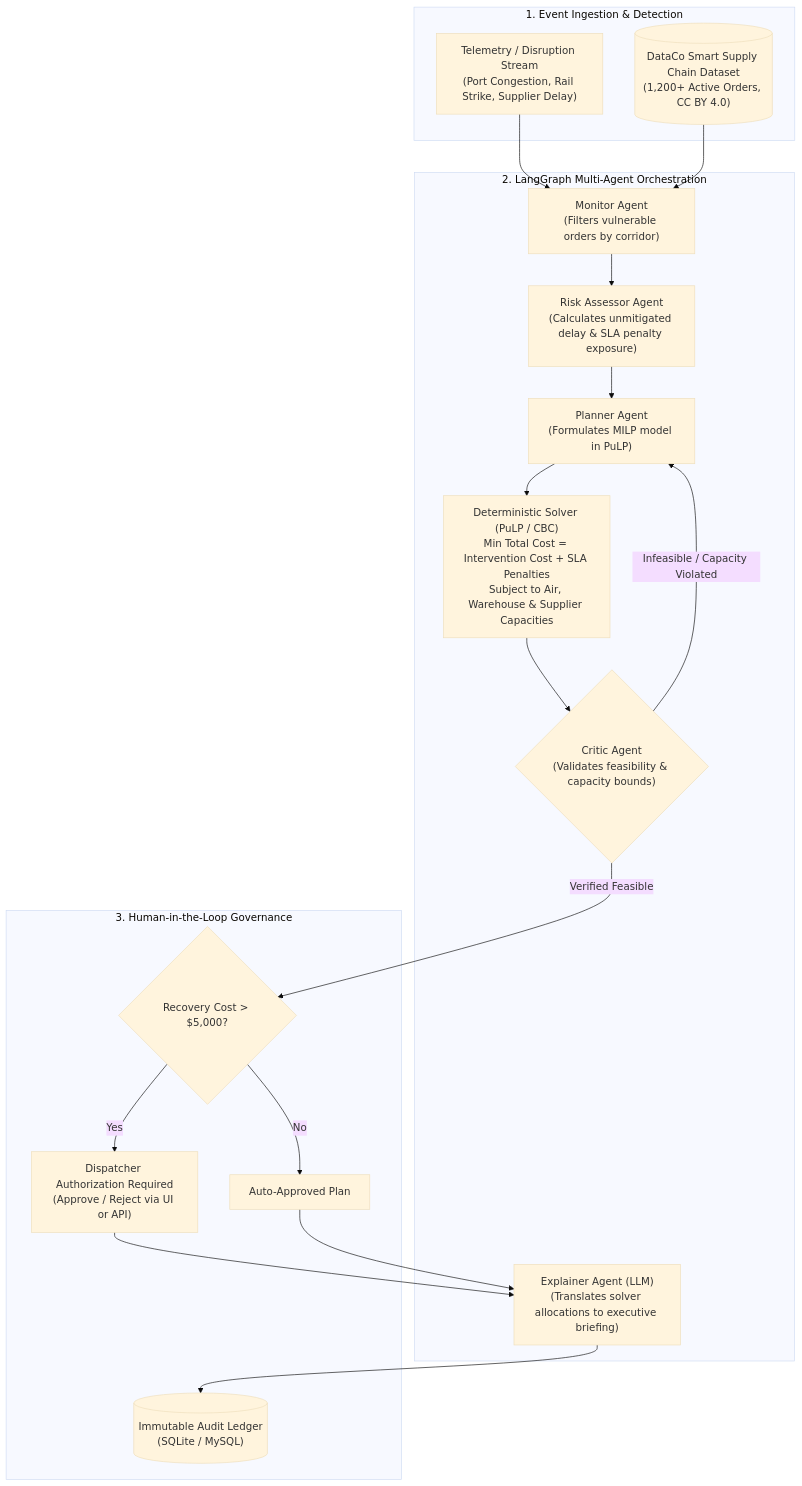
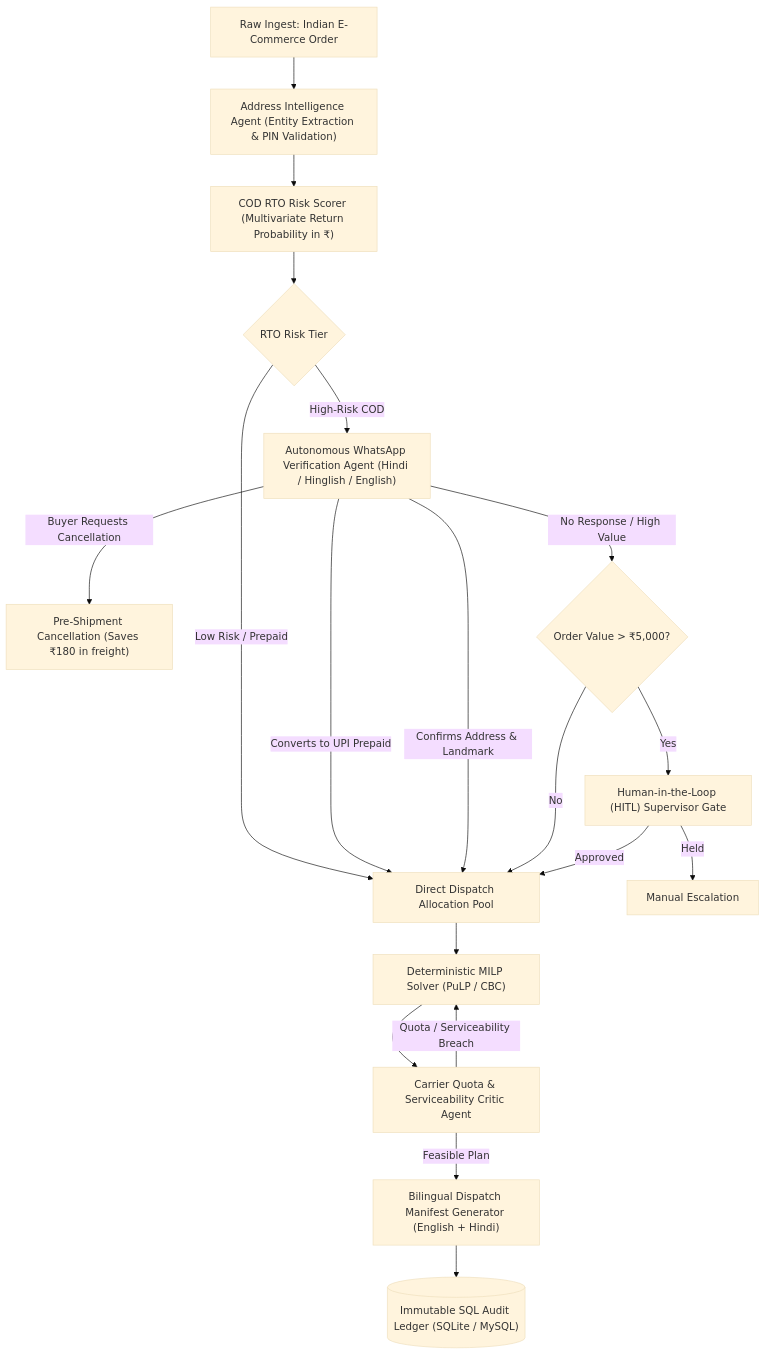
One commit to sounakss7/SCM_AGENTIC_WORKFLOW changed the diagram in README.md. Above: the diagram before and after it, drawn with Mermaid (base theme). The commit also changed other lines of this file and 28 other files, not shown here.

Commit message:
feat: complete Indian E-Commerce COD RTO & Last-Mile Allocation Engine with LangGraph, PuLP MILP, WhatsApp agent, and N=200 benchmark

````diff
--- a/README.md
+++ b/README.md
@@ -13,37 +29,21 @@
 ```mermaid
 flowchart TD
-    subgraph Ingestion ["1. Event Ingestion & Detection"]
-        E1["Telemetry / Disruption Stream\n(Port Congestion, Rail Strike, Supplier Delay)"]
-        D1[("DataCo Smart Supply Chain Dataset\n(1,200+ Active Orders, CC BY 4.0)")]
-    end
-
-    subgraph LangGraph ["2. LangGraph Multi-Agent Orchestration"]
-        M["Monitor Agent\n(Filters vulnerable orders by corridor)"]
-        R["Risk Assessor Agent\n(Calculates unmitigated delay & SLA penalty exposure)"]
-        P["Planner Agent\n(Formulates MILP model in PuLP)"]
-        S["Deterministic Solver (PuLP / CBC)\nMin Total Cost = Intervention Cost + SLA Penalties\nSubject to Air, Warehouse & Supplier Capacities"]
-        C{"Critic Agent\n(Validates feasibility & capacity bounds)"}
-        EX["Explainer Agent (LLM)\n(Translates solver allocations to executive briefing)"]
-    end
-
-    subgraph Governance ["3. Human-in-the-Loop Governance"]
-        G{"Recovery Cost > $5,000?"}
-        HITL["Dispatcher Authorization Required\n(Approve / Reject via UI or API)"]
-        AUTO["Auto-Approved Plan"]
-        AL[("Immutable Audit Ledger\n(SQLite / MySQL)")]
-    end
-
-    E1 --> M
-    D1 --> M
-    M --> R
-    R --> P
-    P --> S
-    S --> C
-    C -- "Infeasible / Capacity Violated" --> P
-    C -- "Verified Feasible" --> G
-    G -- "Yes" --> HITL
-    G -- "No" --> AUTO
-    HITL --> EX
-    AUTO --> EX
-    EX --> AL
+    A["Raw Ingest: Indian E-Commerce Order"] --> B["Address Intelligence Agent (Entity Extraction & PIN Validation)"]
+    B --> C["COD RTO Risk Scorer (Multivariate Return Probability in ₹)"]
+    C --> D{"RTO Risk Tier"}
+    D -- "Low Risk / Prepaid" --> E["Direct Dispatch Allocation Pool"]
+    D -- "High-Risk COD" --> F["Autonomous WhatsApp Verification Agent (Hindi / Hinglish / English)"]
+    F -- "Converts to UPI Prepaid" --> E
+    F -- "Confirms Address & Landmark" --> E
+    F -- "Buyer Requests Cancellation" --> G["Pre-Shipment Cancellation (Saves ₹180 in freight)"]
+    F -- "No Response / High Value" --> H{"Order Value > ₹5,000?"}
+    H -- "Yes" --> I["Human-in-the-Loop (HITL) Supervisor Gate"]
+    H -- "No" --> E
+    I -- "Approved" --> E
+    I -- "Held" --> J["Manual Escalation"]
+    E --> K["Deterministic MILP Solver (PuLP / CBC)"]
+    K --> L["Carrier Quota & Serviceability Critic Agent"]
+    L -- "Feasible Plan" --> M["Bilingual Dispatch Manifest Generator (English + Hindi)"]
+    L -- "Quota / Serviceability Breach" --> K
+    M --> N[("Immutable SQL Audit Ledger (SQLite / MySQL)")]
 ```
````
